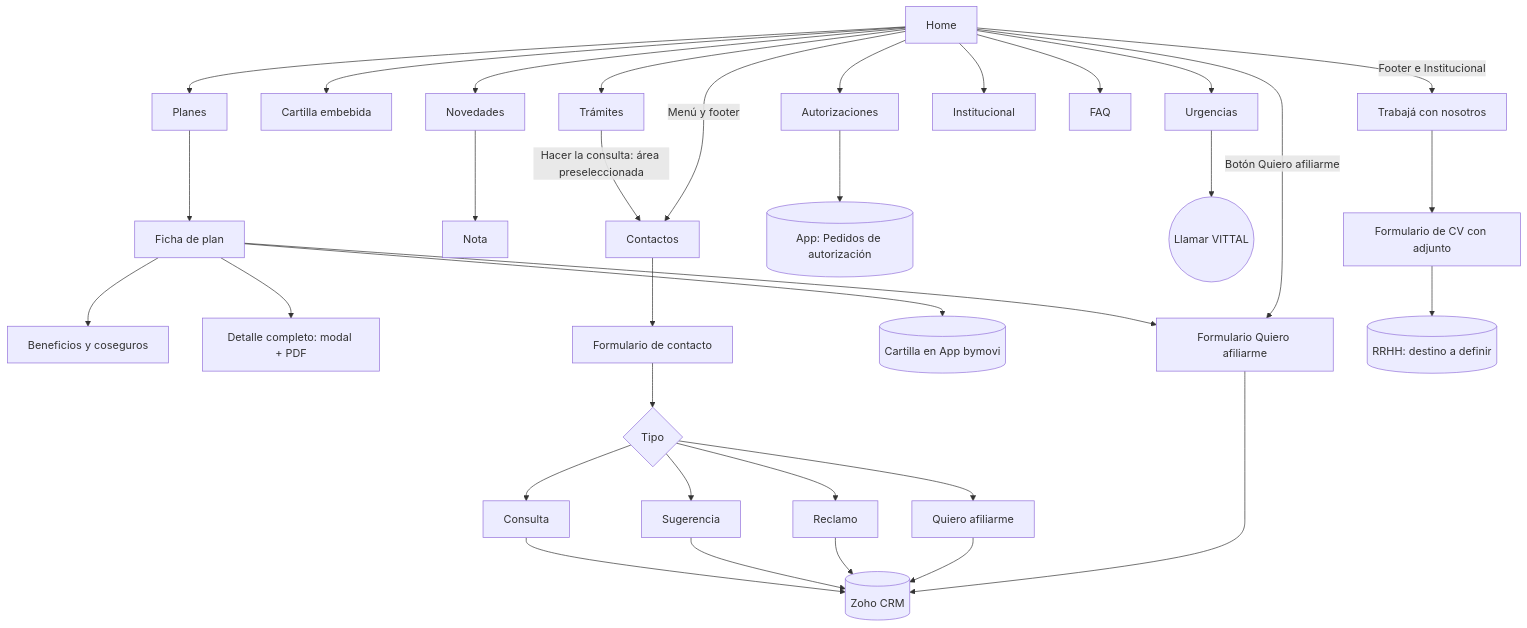
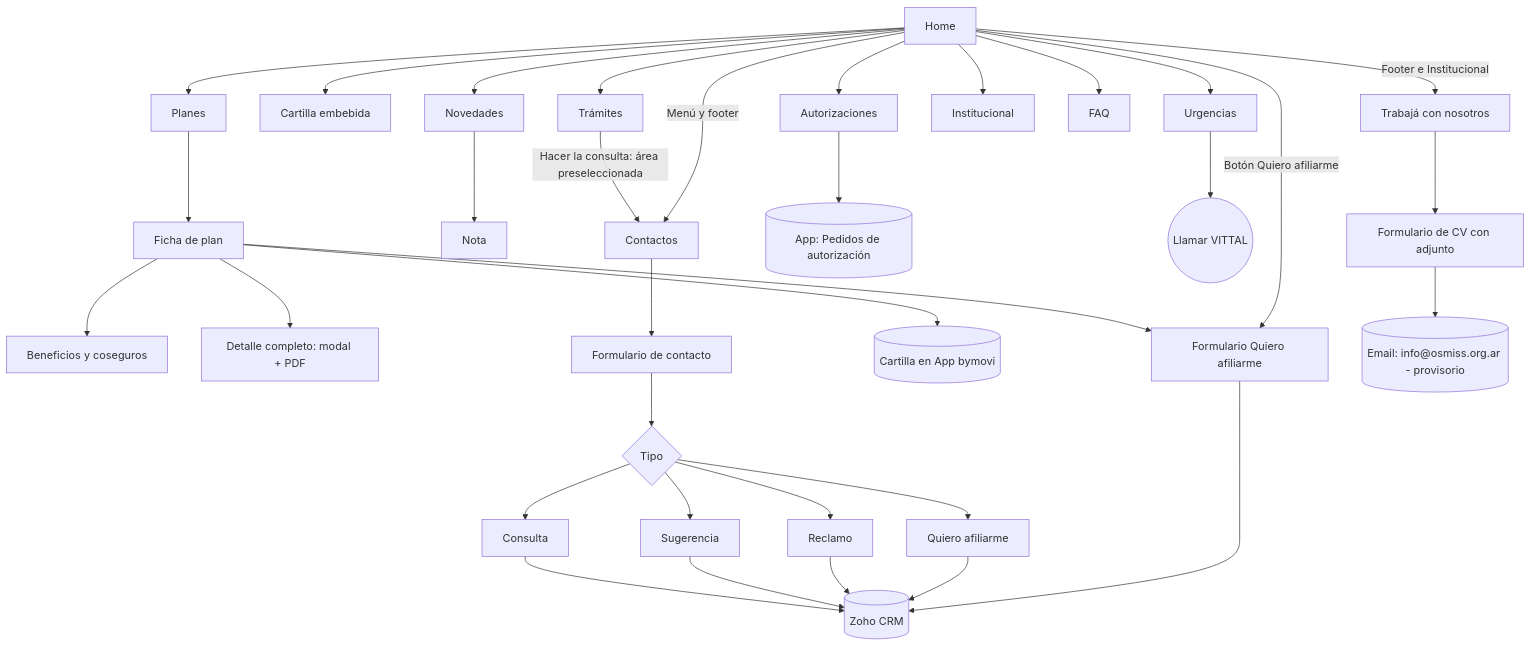
The diagram in MAPA-DEL-SITIO.md (eneue2020/web), drawn with Mermaid before and after one commit. The commit also changed other lines of this file and 4 other files, not shown here.

First line of the commit message:
Trabajá con nosotros: CV a info@osmiss.org.ar (destino provisorio)

````diff
--- a/MAPA-DEL-SITIO.md
+++ b/MAPA-DEL-SITIO.md
@@ -59,32 +59,32 @@
 ```mermaid
 flowchart TD
     H[Home] --> P[Planes]
     P --> P1[Ficha de plan]
     P1 --> B[Beneficios y coseguros]
     P1 --> D[Detalle completo: modal + PDF]
     P1 --> A[Formulario Quiero afiliarme]
     P1 --> C[(Cartilla en App bymovi)]
     H --> CA[Cartilla embebida]
     H --> N[Novedades] --> N1[Nota]
     H --> T[Trámites] -->|Hacer la consulta: área preseleccionada| CO
     H --> AU[Autorizaciones] --> APP[(App: Pedidos de autorización)]
     H --> U[Urgencias] --> TEL((Llamar VITTAL))
     H --> I[Institucional]
     H --> F[FAQ]
     H -->|Menú y footer| CO[Contactos]
     H -->|Botón Quiero afiliarme| A
     CO --> FC[Formulario de contacto]
     FC --> TIPO{Tipo}
     TIPO --> T1[Consulta]
     TIPO --> T2[Sugerencia]
     TIPO --> T3[Reclamo]
     TIPO --> T4[Quiero afiliarme]
     T1 --> Z[(Zoho CRM)]
     T2 --> Z
     T3 --> Z
     T4 --> Z
     A --> Z
     H -->|Footer e Institucional| TR[Trabajá con nosotros]
     TR --> CV[Formulario de CV con adjunto]
-    CV --> RH[(RRHH: destino a definir)]
+    CV --> RH[(Email: info@osmiss.org.ar - provisorio)]
 ```
````
